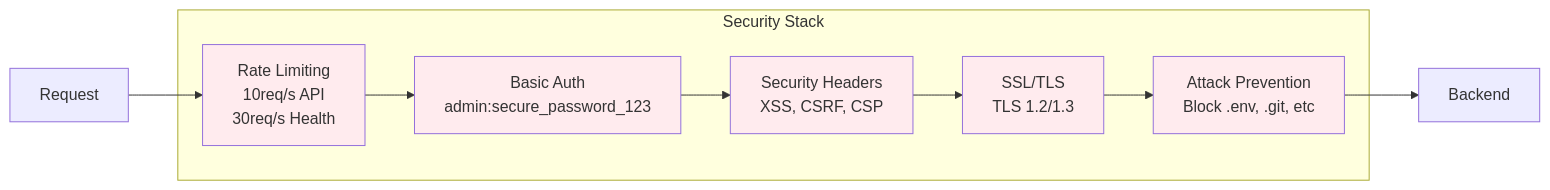
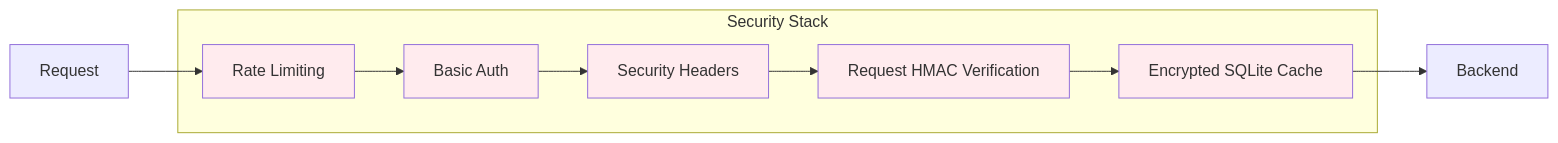
The third of 3 diagrams in docs/request-flow.md (alexandrughinea/lmstudio-nginx-ngrok), drawn with Mermaid before and after one commit. The commit also changed other lines of this file and 33 other files, not shown here.

````diff
--- a/docs/request-flow.md
+++ b/docs/request-flow.md
@@ -113,15 +63,15 @@
 ```mermaid
 graph LR
     subgraph "Security Stack"
-        A[Rate Limiting<br/>10req/s API<br/>30req/s Health] 
-        B[Basic Auth<br/>admin:secure_password_123]
-        C[Security Headers<br/>XSS, CSRF, CSP]
-        D[SSL/TLS<br/>TLS 1.2/1.3]
-        E[Attack Prevention<br/>Block .env, .git, etc]
+        A[Rate Limiting]
+        B[Basic Auth]
+        C[Security Headers]
+        D[Request HMAC Verification]
+        E[Encrypted SQLite Cache]
     end
-    
+
     Request --> A --> B --> C --> D --> E --> Backend
-    
+
     classDef security fill:#ffebee
     class A,B,C,D,E security
 ```
````
